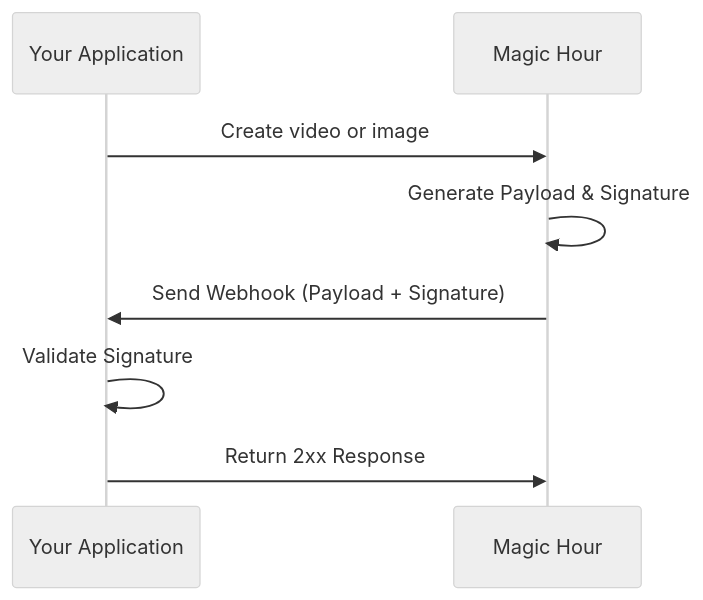
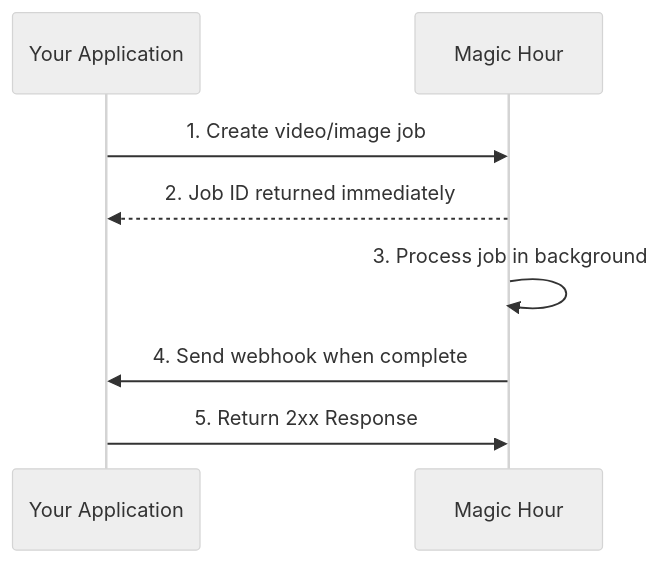
Before and after one commit to magichourhq/docs: the diagram in integration/webhook/overview.mdx, drawn with Mermaid (neutral theme). The commit also changed other lines of this file and 4 other files, not shown here.

````diff
--- a/integration/webhook/overview.mdx
+++ b/integration/webhook/overview.mdx
@@ -11,12 +18,11 @@
 ```mermaid
 sequenceDiagram
     participant app as Your Application
     participant mh as Magic Hour
 
-    app->>mh: Create video or image
-    mh->>mh: Generate Payload & Signature
-    mh->>app: Send Webhook (Payload + Signature)
-
-    app->>app: Validate Signature
-    app->>mh: Return 2xx Response
+    app->>mh: 1. Create video/image job
+    mh-->>app: 2. Job ID returned immediately
+    mh->>mh: 3. Process job in background
+    mh->>app: 4. Send webhook when complete
+    app->>mh: 5. Return 2xx Response
 ```
````
